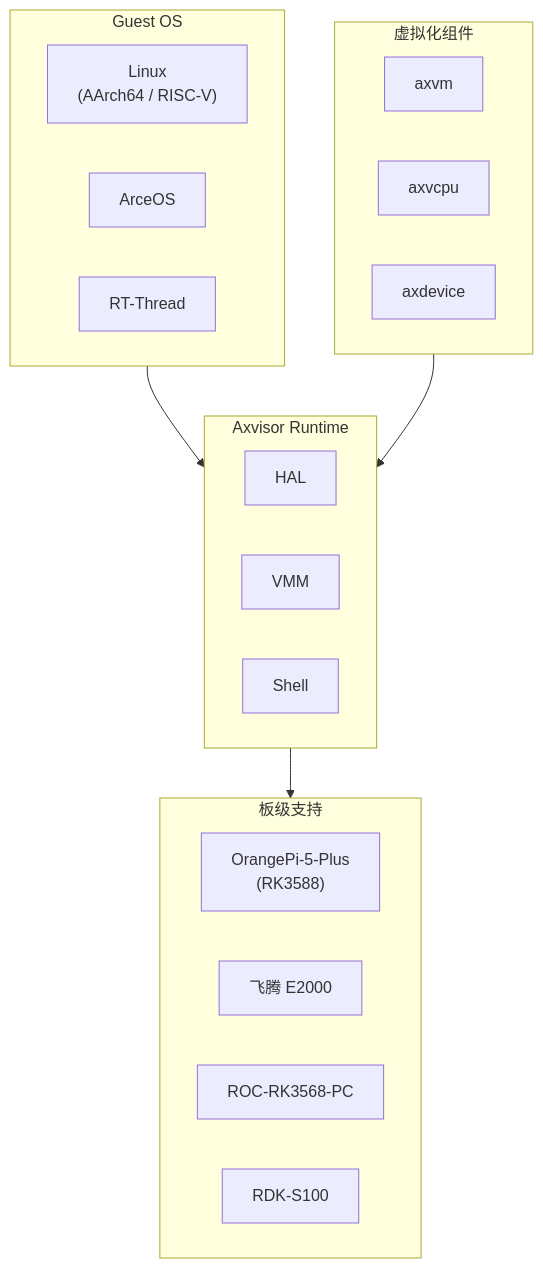
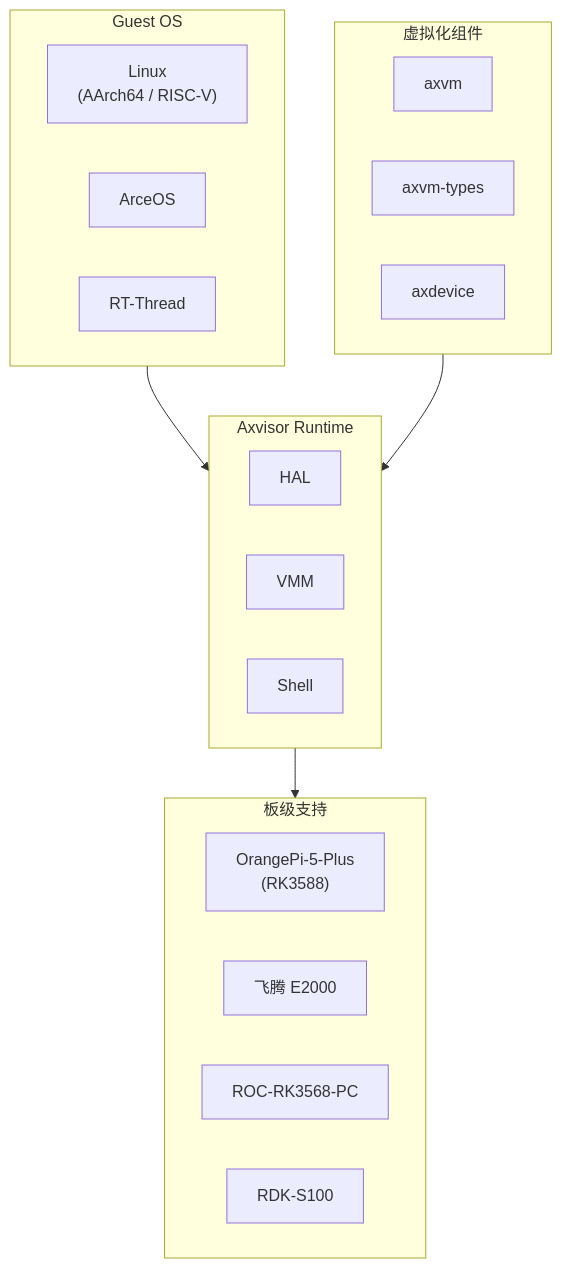
Before and after one commit to rcore-os/tgoskits: the fourth of 5 diagrams in docs/docs/introduction/overview.md, drawn with Mermaid. The commit also changed other lines of this file and 79 other files, not shown here.

````diff
--- a/docs/docs/introduction/overview.md
+++ b/docs/docs/introduction/overview.md
@@ -194,31 +194,31 @@
 ```mermaid
 flowchart TD
     subgraph guests["Guest OS"]
         linux["Linux<br/>(AArch64 / RISC-V)"]
         arceos_g["ArceOS"]
         rt["RT-Thread"]
     end
 
     subgraph axvisor_core["Axvisor Runtime"]
         hal["HAL"]
         vmm["VMM"]
         shell["Shell"]
     end
 
     subgraph virt_components["虚拟化组件"]
         axvm["axvm"]
-        axvcpu["axvcpu"]
+        axvm_types["axvm-types"]
         axdev["axdevice"]
     end
 
     subgraph boards["板级支持"]
         opi["OrangePi-5-Plus<br/>(RK3588)"]
         phytium["飞腾 E2000"]
         rk3568["ROC-RK3568-PC"]
         s100["RDK-S100"]
     end
 
     guests --> axvisor_core
     virt_components --> axvisor_core
     axvisor_core --> boards
 ```
````
